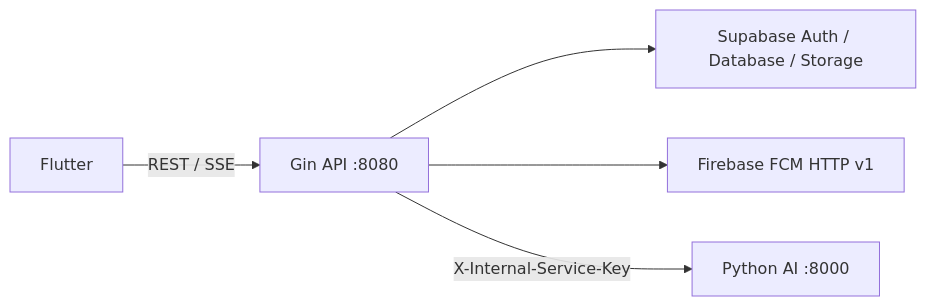
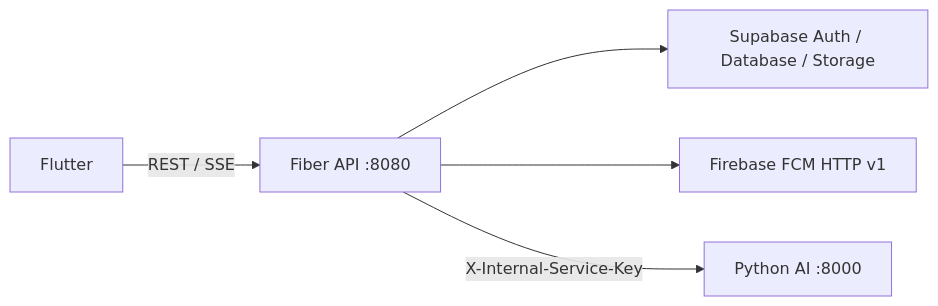
The diagram in backend/README.md (chn-benmat/yuemnoi_app), drawn with Mermaid before and after one commit. The commit also changed other lines of this file and 47 other files, not shown here.

````diff
--- a/backend/README.md
+++ b/backend/README.md
@@ -42,7 +42,7 @@
 ```mermaid
 flowchart LR
-    App["Flutter"] -->|"REST / SSE"| API["Gin API :8080"]
+    App["Flutter"] -->|"REST / SSE"| API["Fiber API :8080"]
     API --> SB["Supabase Auth / Database / Storage"]
     API --> FCM["Firebase FCM HTTP v1"]
     API -->|"X-Internal-Service-Key"| AI["Python AI :8000"]
 ```
````
